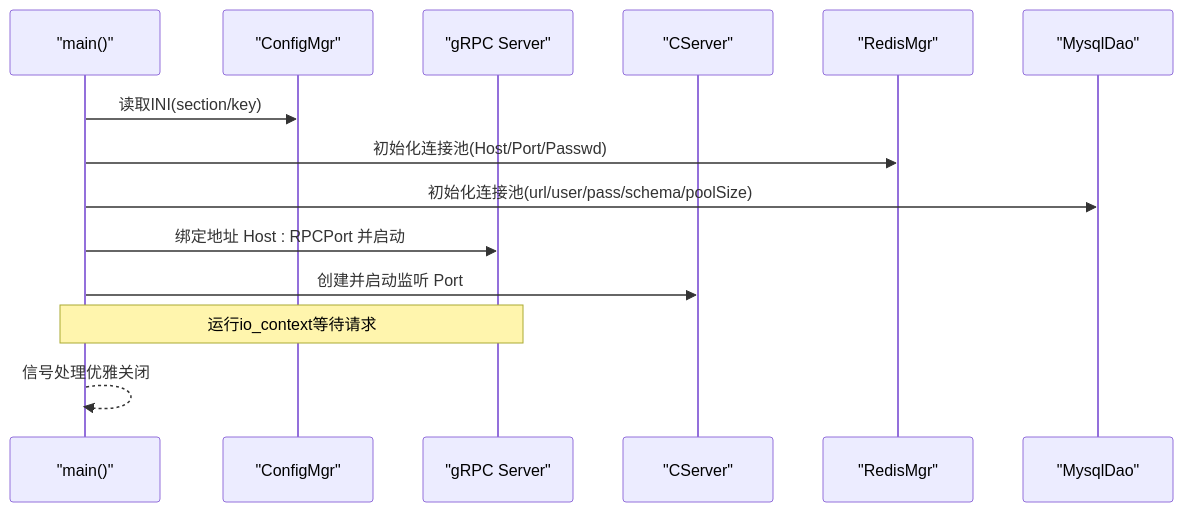
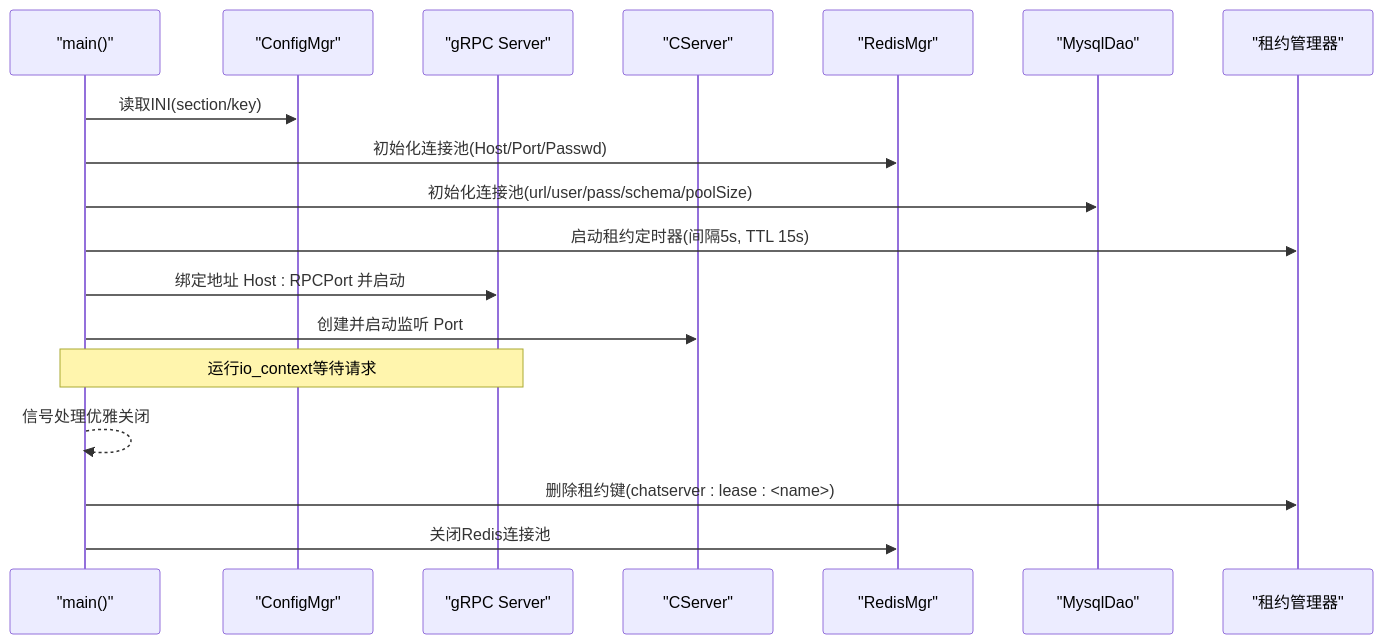
Before and after one commit to echo9923/mychatter: the second of 3 diagrams in .qoder/repowiki/zh/content/部署运维/服务部署/服务配置/ChatServer聊天服务配置.md, drawn with Mermaid. The commit also changed other lines of this file and 107 other files, not shown here.

````diff
--- a/.qoder/repowiki/zh/content/部署运维/服务部署/服务配置/ChatServer聊天服务配置.md
+++ b/.qoder/repowiki/zh/content/部署运维/服务部署/服务配置/ChatServer聊天服务配置.md
@@ -84,16 +98,20 @@
 ```mermaid
 sequenceDiagram
 participant Main as "main()"
 participant Cfg as "ConfigMgr"
 participant GRPC as "gRPC Server"
 participant TCP as "CServer"
 participant R as "RedisMgr"
 participant DB as "MysqlDao"
+participant Lease as "租约管理器"
 Main->>Cfg : 读取INI(section/key)
 Main->>R : 初始化连接池(Host/Port/Passwd)
 Main->>DB : 初始化连接池(url/user/pass/schema/poolSize)
+Main->>Lease : 启动租约定时器(间隔5s, TTL 15s)
 Main->>GRPC : 绑定地址 Host : RPCPort 并启动
 Main->>TCP : 创建并启动监听 Port
 Note over Main,GRPC : 运行io_context等待请求
 Main-->>Main : 信号处理优雅关闭
+Main->>Lease : 删除租约键(chatserver : lease : <name>)
+Main->>R : 关闭Redis连接池
 ```
````
